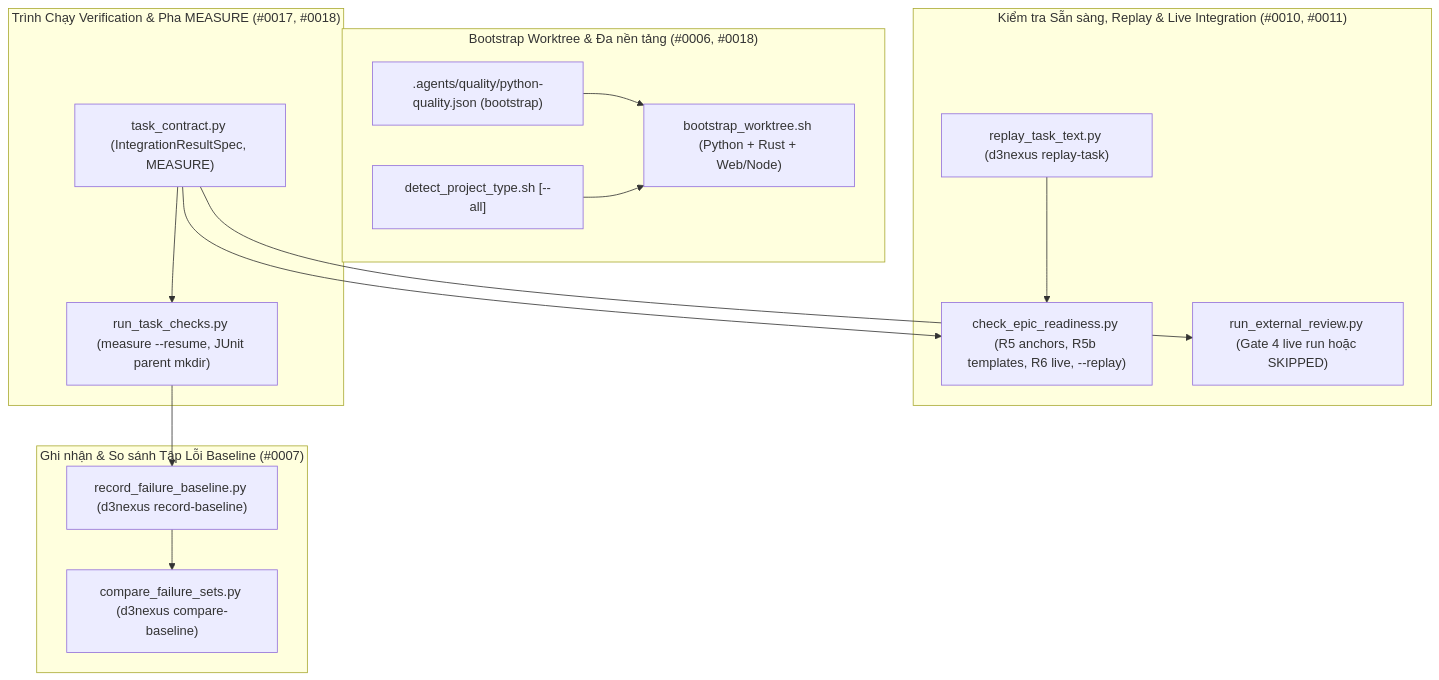
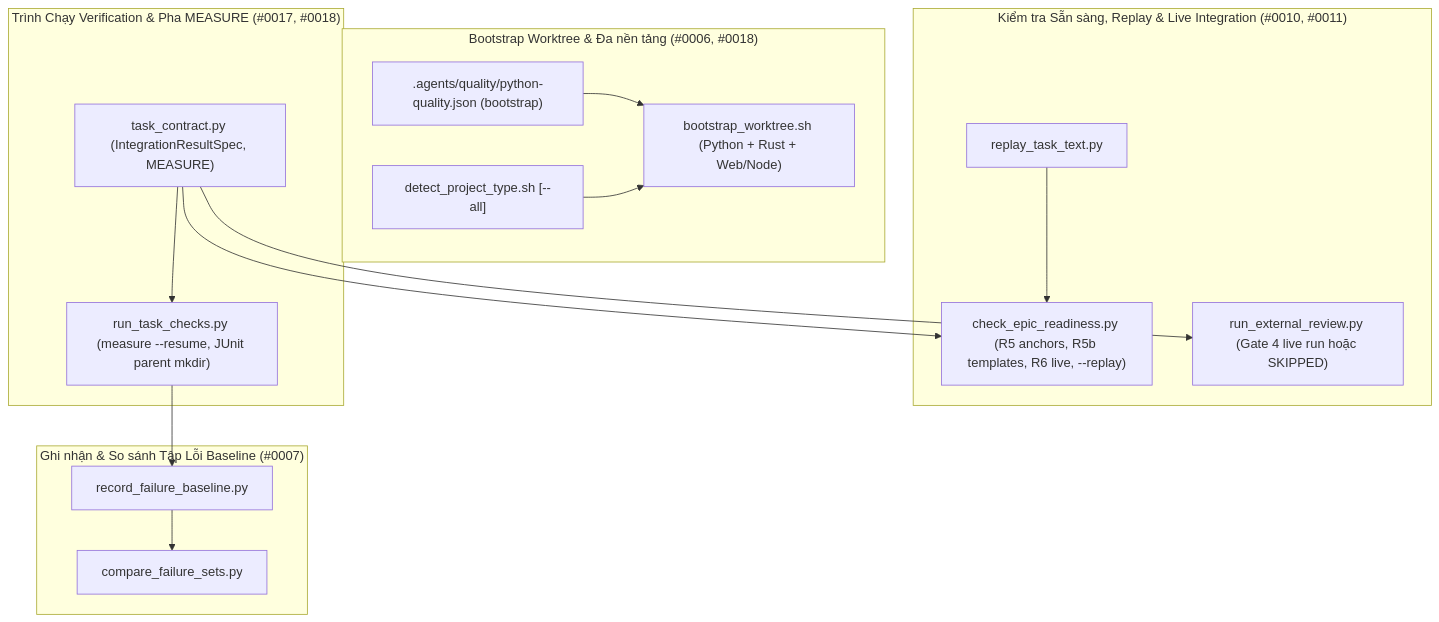
Before and after one commit to DanhDue/ai-agent-tools: the first of 3 diagrams in .devtool/epic/execution_and_verification_infrastructure/execution_and_verification_infrastructure.vi.md, drawn with Mermaid. The commit also changed other lines of this file and 13 other files, not shown here.

````diff
--- a/.devtool/epic/execution_and_verification_infrastructure/execution_and_verification_infrastructure.vi.md
+++ b/.devtool/epic/execution_and_verification_infrastructure/execution_and_verification_infrastructure.vi.md
@@ -61,32 +61,32 @@
 ```mermaid
 flowchart TD
     subgraph BOOT["Bootstrap Worktree & Đa nền tảng (#0006, #0018)"]
         PY_MANIFEST[".agents/quality/python-quality.json (bootstrap)"]
         DETECT_SH["detect_project_type.sh [--all]"]
         BOOT_SH["bootstrap_worktree.sh (Python + Rust + Web/Node)"]
     end
 
     subgraph BASELINE["Ghi nhận & So sánh Tập Lỗi Baseline (#0007)"]
-        REC_BASE["record_failure_baseline.py (d3nexus record-baseline)"]
-        CMP_BASE["compare_failure_sets.py (d3nexus compare-baseline)"]
+        REC_BASE["record_failure_baseline.py"]
+        CMP_BASE["compare_failure_sets.py"]
     end
 
     subgraph READINESS["Kiểm tra Sẵn sàng, Replay & Live Integration (#0010, #0011)"]
-        REPLAY_PY["replay_task_text.py (d3nexus replay-task)"]
+        REPLAY_PY["replay_task_text.py"]
         CER["check_epic_readiness.py (R5 anchors, R5b templates, R6 live, --replay)"]
         RER["run_external_review.py (Gate 4 live run hoặc SKIPPED)"]
     end
 
     subgraph RUNNER["Trình Chạy Verification & Pha MEASURE (#0017, #0018)"]
         TC["task_contract.py (IntegrationResultSpec, MEASURE)"]
         RTC["run_task_checks.py (measure --resume, JUnit parent mkdir)"]
     end
 
     PY_MANIFEST --> BOOT_SH
     DETECT_SH --> BOOT_SH
     TC --> RTC
     TC --> CER
     TC --> RER
     REPLAY_PY --> CER
     RTC --> REC_BASE --> CMP_BASE
 ```
````
